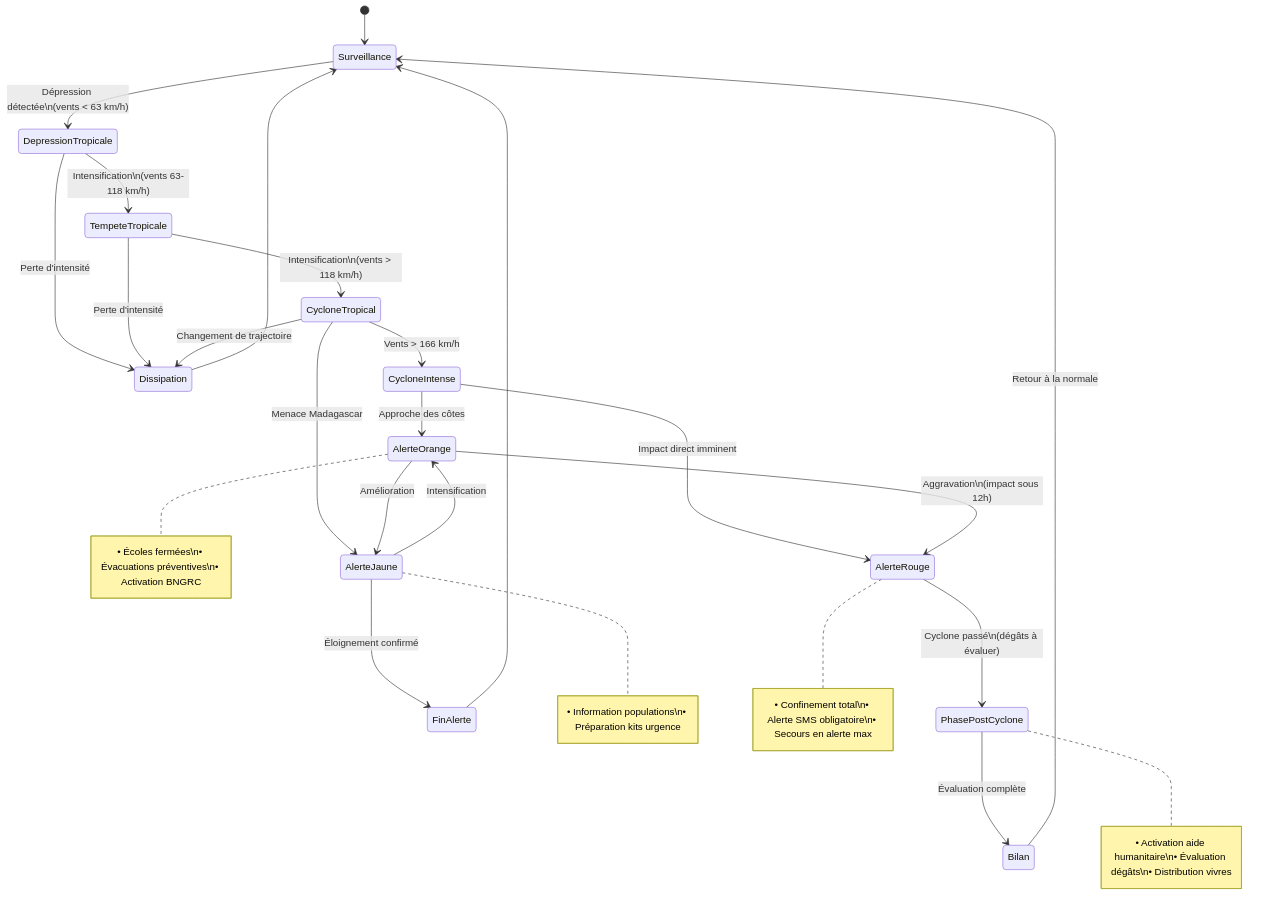
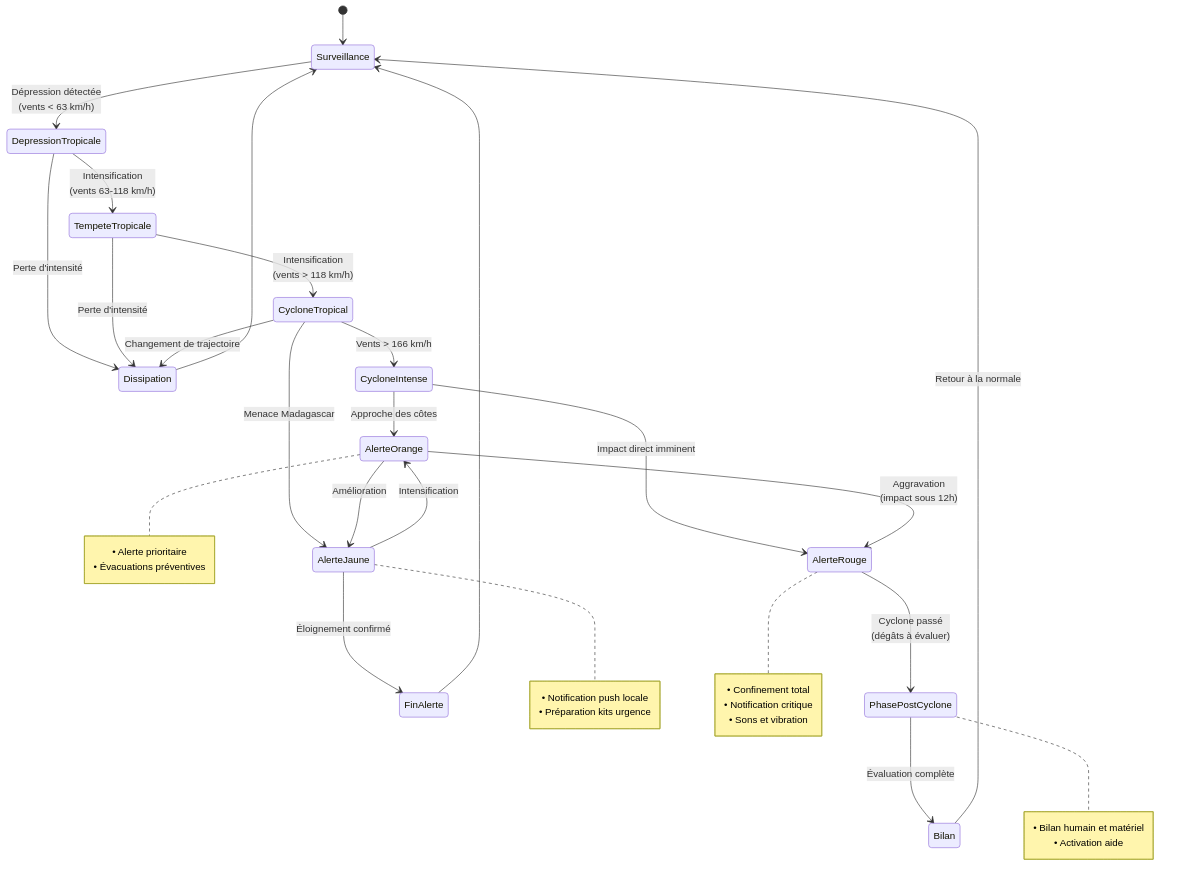
Before and after one commit to djenidisimple/meteoMada: the fourth of 5 diagrams in README.md, drawn with Mermaid. The commit also changed other lines of this file, not shown here.

````diff
--- a/README.md
+++ b/README.md
@@ -295,38 +242,38 @@
 ```mermaid
 stateDiagram-v2
     [*] --> Surveillance
     
-    Surveillance --> DepressionTropicale : Dépression détectée\n(vents < 63 km/h)
+    Surveillance --> DepressionTropicale : Dépression détectée<br/>(vents < 63 km/h)
     
-    DepressionTropicale --> TempeteTropicale : Intensification\n(vents 63-118 km/h)
+    DepressionTropicale --> TempeteTropicale : Intensification<br/>(vents 63-118 km/h)
     DepressionTropicale --> Dissipation : Perte d'intensité
     
-    TempeteTropicale --> CycloneTropical : Intensification\n(vents > 118 km/h)
+    TempeteTropicale --> CycloneTropical : Intensification<br/>(vents > 118 km/h)
     TempeteTropicale --> Dissipation : Perte d'intensité
     
     CycloneTropical --> CycloneIntense : Vents > 166 km/h
     CycloneTropical --> AlerteJaune : Menace Madagascar
     CycloneTropical --> Dissipation : Changement de trajectoire
     
     CycloneIntense --> AlerteOrange : Approche des côtes
     CycloneIntense --> AlerteRouge : Impact direct imminent
     
     AlerteJaune --> AlerteOrange : Intensification
     AlerteJaune --> FinAlerte : Éloignement confirmé
     
-    AlerteOrange --> AlerteRouge : Aggravation\n(impact sous 12h)
+    AlerteOrange --> AlerteRouge : Aggravation<br/>(impact sous 12h)
     AlerteOrange --> AlerteJaune : Amélioration
     
-    AlerteRouge --> PhasePostCyclone : Cyclone passé\n(dégâts à évaluer)
+    AlerteRouge --> PhasePostCyclone : Cyclone passé<br/>(dégâts à évaluer)
     
     PhasePostCyclone --> Bilan : Évaluation complète
     Bilan --> Surveillance : Retour à la normale
     
     Dissipation --> Surveillance
     FinAlerte --> Surveillance
     
-    note right of AlerteJaune : • Information populations\n• Préparation kits urgence
-    note right of AlerteOrange : • Écoles fermées\n• Évacuations préventives\n• Activation BNGRC
-    note right of AlerteRouge : • Confinement total\n• Alerte SMS obligatoire\n• Secours en alerte max
-    note right of PhasePostCyclone : • Activation aide humanitaire\n• Évaluation dégâts\n• Distribution vivres
+    note right of AlerteJaune : • Notification push locale<br/>• Préparation kits urgence
+    note right of AlerteOrange : • Alerte prioritaire<br/>• Évacuations préventives
+    note right of AlerteRouge : • Confinement total<br/>• Notification critique<br/>• Sons et vibration
+    note right of PhasePostCyclone : • Bilan humain et matériel<br/>• Activation aide
 ```
````
